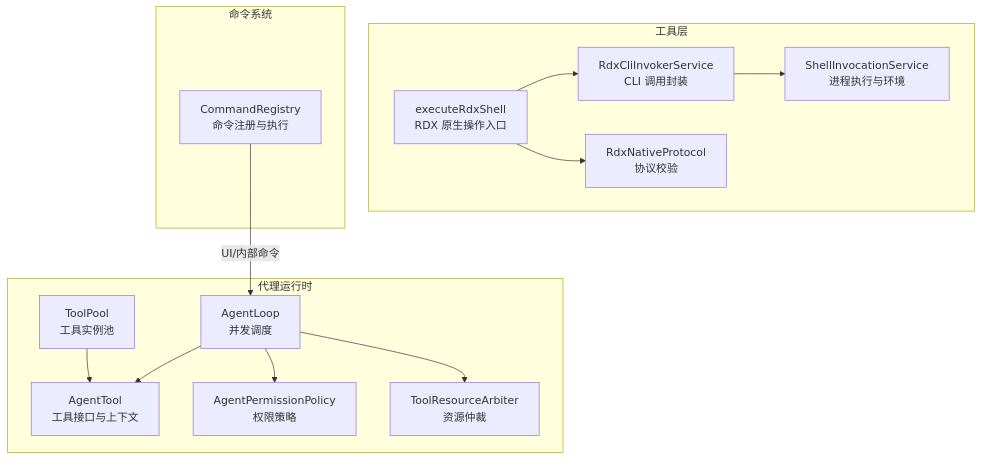
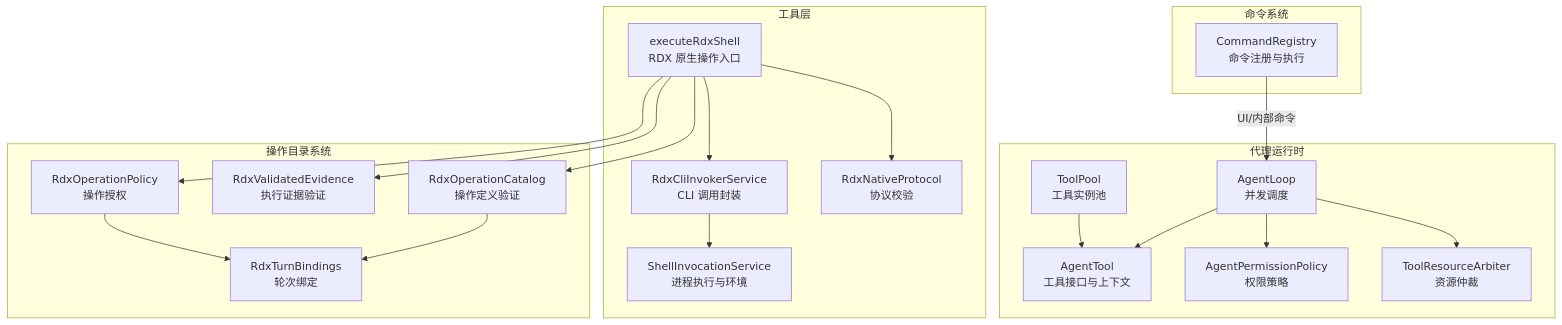
One commit to haolange/RDC-Agent changed the first of 15 diagrams in .qoder/repowiki/zh/content/核心模块/工具系统/工具系统.md. Above: the diagram before and after it, drawn with Mermaid. The commit also changed other lines of this file and 221 other files, not shown here.

````diff
--- a/.qoder/repowiki/zh/content/核心模块/工具系统/工具系统.md
+++ b/.qoder/repowiki/zh/content/核心模块/工具系统/工具系统.md
@@ -47,27 +63,38 @@
 ```mermaid
 graph TB
 subgraph "工具层"
 A["RdxCliInvokerService<br/>CLI 调用封装"]
 B["ShellInvocationService<br/>进程执行与环境"]
 C["executeRdxShell<br/>RDX 原生操作入口"]
 D["RdxNativeProtocol<br/>协议校验"]
 end
 subgraph "代理运行时"
 E["AgentTool<br/>工具接口与上下文"]
 F["ToolPool<br/>工具实例池"]
 G["AgentPermissionPolicy<br/>权限策略"]
 H["ToolResourceArbiter<br/>资源仲裁"]
 I["AgentLoop<br/>并发调度"]
 end
+subgraph "操作目录系统"
+J["RdxOperationCatalog<br/>操作定义验证"]
+K["RdxValidatedEvidence<br/>执行证据验证"]
+L["RdxOperationPolicy<br/>操作授权"]
+M["RdxTurnBindings<br/>轮次绑定"]
+end
 subgraph "命令系统"
-J["CommandRegistry<br/>命令注册与执行"]
+N["CommandRegistry<br/>命令注册与执行"]
 end
 A --> B
 C --> A
 C --> D
+C --> J
+C --> K
+C --> L
 I --> E
 I --> G
 I --> H
 F --> E
-J --> |"UI/内部命令"| I
+N --> |"UI/内部命令"| I
+J --> M
+L --> M
 ```
````
